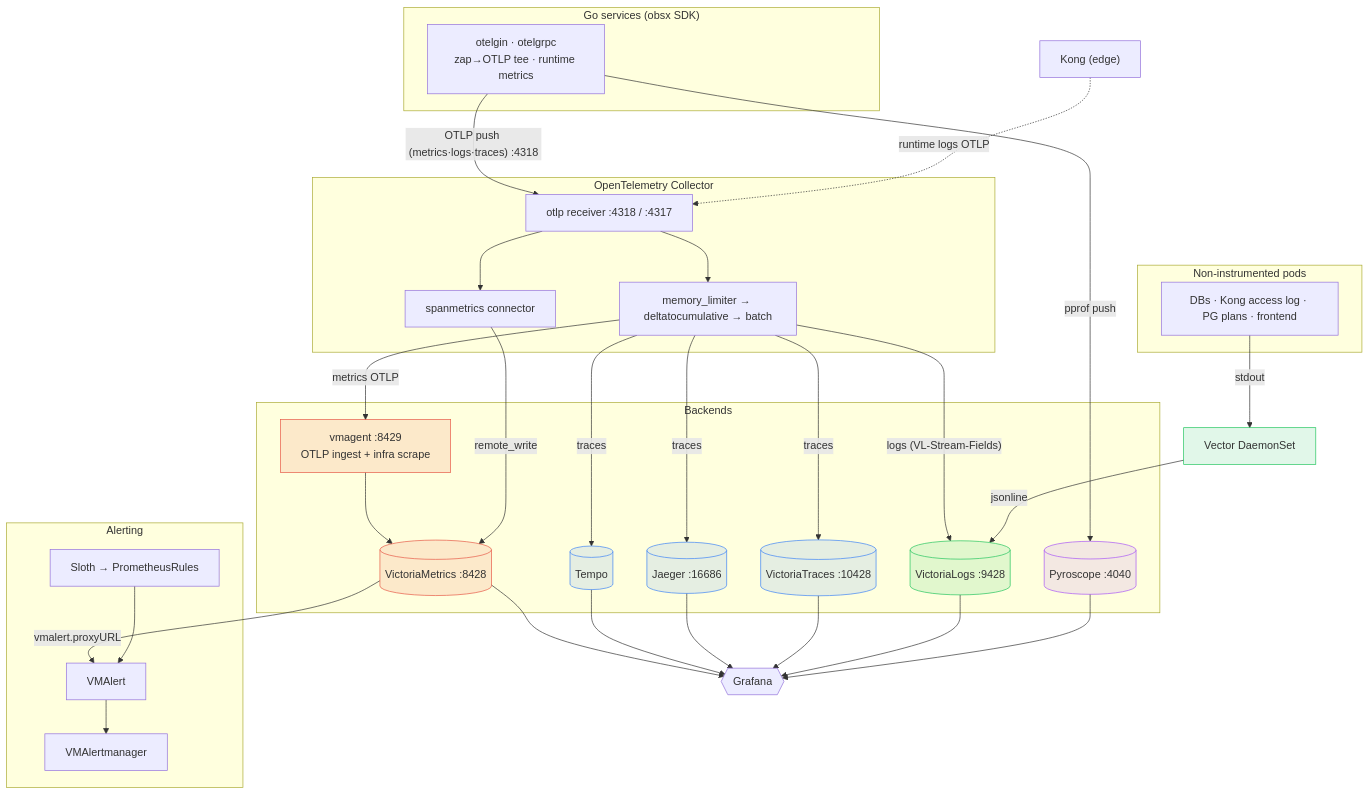
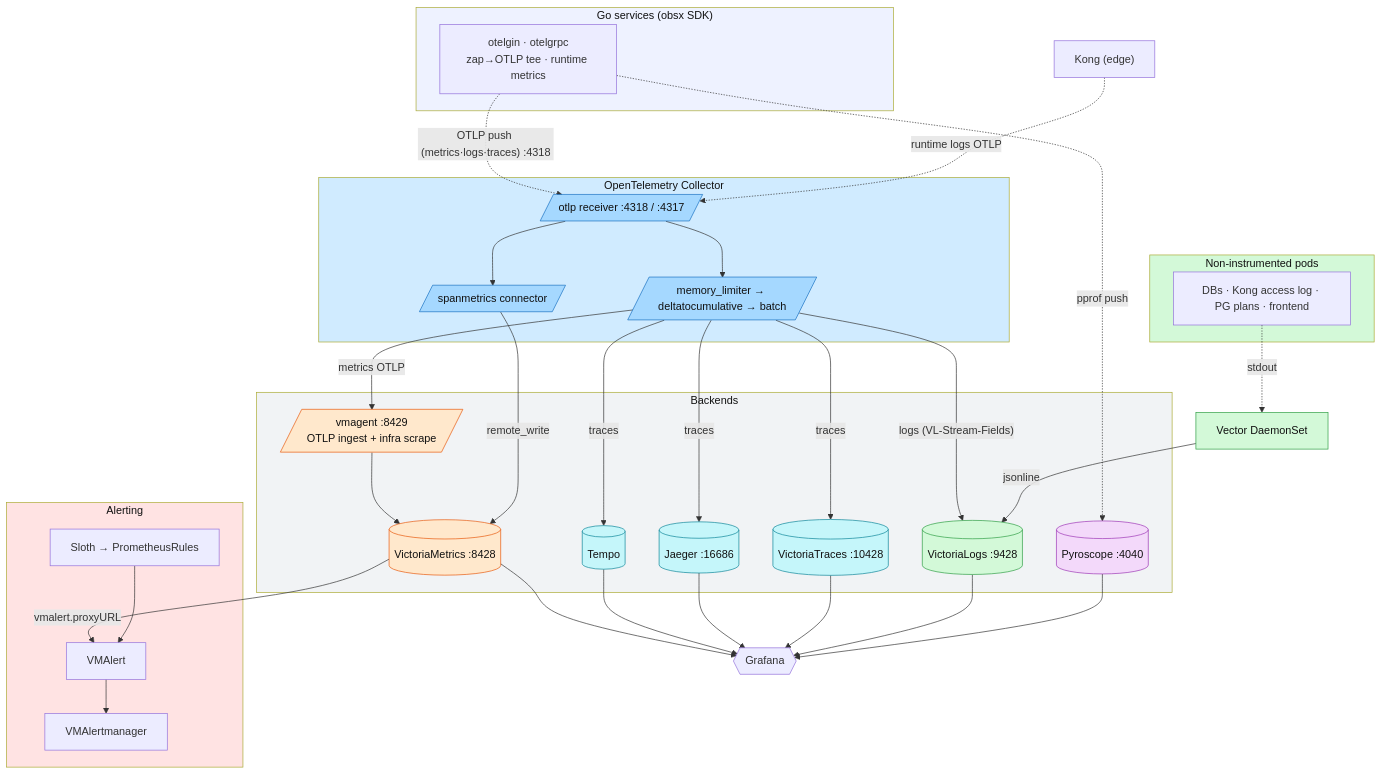
The first of 5 diagrams in docs/observability/README.md (duynhlab/homelab), drawn with Mermaid before and after one commit. The commit also changed other lines of this file and 8 other files, not shown here.

First line of the commit message:
Restyle RFC-0014 observability diagrams (#482)

````diff
--- a/docs/observability/README.md
+++ b/docs/observability/README.md
@@ -14,69 +14,76 @@
 ```mermaid
 flowchart TB
     subgraph apps["Go services (obsx SDK)"]
         SVC["otelgin · otelgrpc<br/>zap→OTLP tee · runtime metrics"]
     end
     subgraph infra["Non-instrumented pods"]
         INF["DBs · Kong access log · PG plans · frontend"]
     end
 
     subgraph col["OpenTelemetry Collector"]
-        RCV["otlp receiver :4318 / :4317"]
-        PROC["memory_limiter → deltatocumulative → batch"]
-        SM["spanmetrics connector"]
+        RCV[/"otlp receiver :4318 / :4317"/]
+        PROC[/"memory_limiter → deltatocumulative → batch"/]
+        SM[/"spanmetrics connector"/]
         RCV --> PROC
         RCV --> SM
     end
 
     VEC["Vector DaemonSet"]
 
     subgraph be["Backends"]
-        VMAgent["vmagent :8429<br/>OTLP ingest + infra scrape"]
+        VMAgent[/"vmagent :8429<br/>OTLP ingest + infra scrape"/]
         VMSingle[("VictoriaMetrics :8428")]
         Tempo[("Tempo")]
         Jaeger[("Jaeger :16686")]
         VT[("VictoriaTraces :10428")]
         VLogs[("VictoriaLogs :9428")]
         Pyro[("Pyroscope :4040")]
     end
 
     subgraph alert["Alerting"]
         VMAlert["VMAlert"]
         VMAM["VMAlertmanager"]
         Sloth["Sloth → PrometheusRules"]
     end
 
     Grafana{{"Grafana"}}
 
-    SVC -->|"OTLP push (metrics·logs·traces) :4318"| RCV
-    SVC -->|"pprof push"| Pyro
-    INF -->|"stdout"| VEC
+    SVC -.->|"OTLP push (metrics·logs·traces) :4318"| RCV
+    SVC -.->|"pprof push"| Pyro
+    INF -.->|"stdout"| VEC
     Kong["Kong (edge)"] -.->|"runtime logs OTLP"| RCV
 
     PROC -->|"metrics OTLP"| VMAgent --> VMSingle
     SM -->|"remote_write"| VMSingle
     PROC -->|"traces"| Tempo
     PROC -->|"traces"| Jaeger
     PROC -->|"traces"| VT
     PROC -->|"logs (VL-Stream-Fields)"| VLogs
     VEC -->|"jsonline"| VLogs
 
     VMSingle --> Grafana
     Tempo --> Grafana
     Jaeger --> Grafana
     VT --> Grafana
     VLogs --> Grafana
     Pyro --> Grafana
 
     VMSingle -->|"vmalert.proxyURL"| VMAlert --> VMAM
     Sloth --> VMAlert
 
-    classDef metric fill:#e6584622,stroke:#e65846;
-    classDef log fill:#22c55e22,stroke:#22c55e;
-    classDef trace fill:#3b82f622,stroke:#3b82f6;
-    classDef profile fill:#a855f722,stroke:#a855f7;
+    classDef metric fill:#ffe8cc,stroke:#e8590c,color:#111;
+    classDef log fill:#d3f9d8,stroke:#2f9e44,color:#111;
+    classDef trace fill:#c5f6fa,stroke:#0c8599,color:#111;
+    classDef profile fill:#f3d9fa,stroke:#9c36b5,color:#111;
+    classDef otc fill:#a5d8ff,stroke:#1971c2,color:#111;
+    class RCV,PROC,SM otc;
     class VMSingle,VMAgent metric;
     class VLogs,VEC log;
     class Tempo,Jaeger,VT trace;
     class Pyro profile;
+    style apps fill:#eef2ff,color:#111;
+    style infra fill:#d3f9d8,color:#111;
+    style col fill:#d0ebff,color:#111;
+    style be fill:#f1f3f5,color:#111;
+    style alert fill:#ffe3e3,color:#111;
 ```
````
